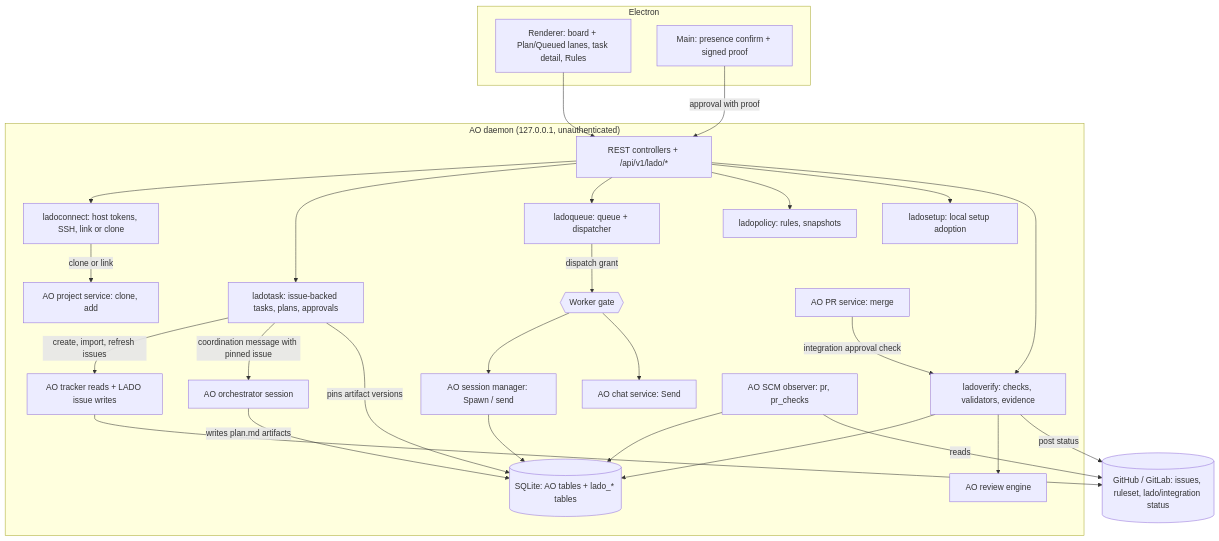
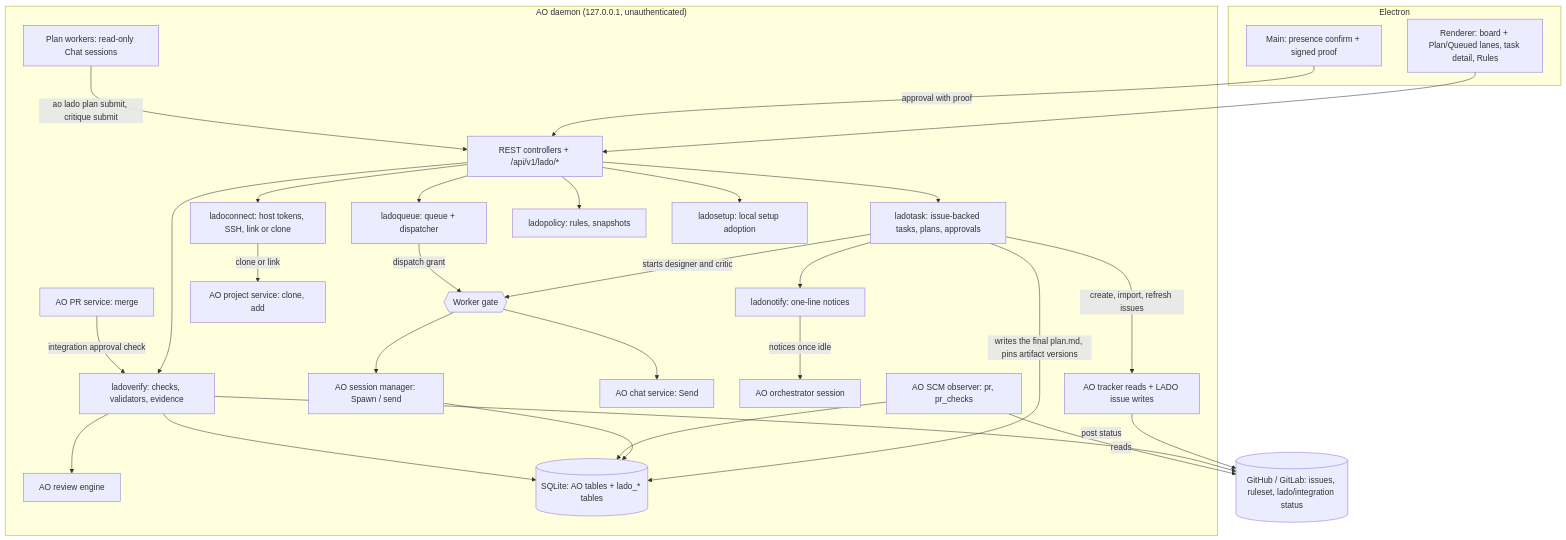
One commit to LJY981008/agent-orchestrator-fork changed the diagram in docs/LJY-PRD/TDD.md. Above: the diagram before and after it, drawn with Mermaid. The commit also changed other lines of this file and 120 other files, not shown here.

````diff
--- a/docs/LJY-PRD/TDD.md
+++ b/docs/LJY-PRD/TDD.md
@@ -125,46 +135,50 @@
 ```mermaid
 flowchart TD
   subgraph Desktop["Electron"]
     R[Renderer: board + Plan/Queued lanes, task detail, Rules]
     MP[Main: presence confirm + signed proof]
   end
   subgraph Daemon["AO daemon (127.0.0.1, unauthenticated)"]
     API[REST controllers + /api/v1/lado/*]
     LC[ladoconnect: host tokens, SSH, link or clone]
     LT[ladotask: issue-backed tasks, plans, approvals]
     LQ[ladoqueue: queue + dispatcher]
     LP[ladopolicy: rules, snapshots]
     LS[ladosetup: local setup adoption]
     LV[ladoverify: checks, validators, evidence]
     G{{Worker gate}}
     M[AO session manager: Spawn / send]
     C[AO chat service: Send]
     O[AO orchestrator session]
+    PW[Plan workers: read-only Chat sessions]
+    LN[ladonotify: one-line notices]
     PJ[AO project service: clone, add]
     TRK[AO tracker reads + LADO issue writes]
     PR[AO PR service: merge]
     SCM[AO SCM observer: pr, pr_checks]
     RV[AO review engine]
     DB[(SQLite: AO tables + lado_* tables)]
   end
   GH[(GitHub / GitLab: issues, ruleset, lado/integration status)]
   R --> API
   MP -->|approval with proof| API
   API --> LC & LT & LQ & LP & LS & LV
   LC -->|clone or link| PJ
   LT -->|create, import, refresh issues| TRK
   TRK --> GH
-  LT -->|coordination message with pinned issue| O
-  O -->|writes plan.md artifacts| DB
-  LT -->|pins artifact versions| DB
+  LT -->|starts designer and critic| G
+  PW -->|ao lado plan submit, critique submit| API
+  LT -->|writes the final plan.md, pins artifact versions| DB
+  LT --> LN
+  LN -->|notices once idle| O
   LQ -->|dispatch grant| G
   G --> M
   G --> C
   M --> DB
   SCM --> DB
   LV --> DB
   LV --> RV
   PR -->|integration approval check| LV
   LV -->|post status| GH
   SCM -->|reads| GH
 ```
````
